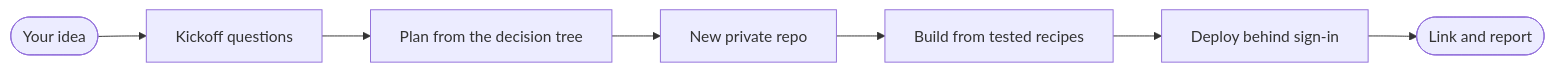
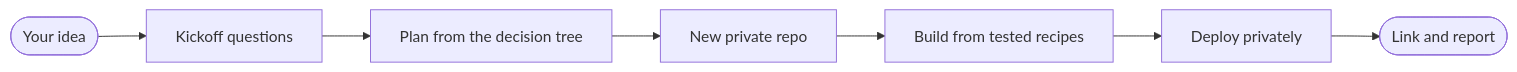
The diagram in README.md (yuvalginor/hatchery), drawn with Mermaid before and after one commit. The commit also changed other lines of this file and 10 other files, not shown here.

````diff
--- a/README.md
+++ b/README.md
@@ -21,9 +21,9 @@
 ```mermaid
 flowchart LR
   idea([Your idea]) --> kickoff[Kickoff questions]
   kickoff --> plan[Plan from the decision tree]
   plan --> repo[New private repo]
   repo --> build[Build from tested recipes]
-  build --> deploy[Deploy behind sign-in]
+  build --> deploy[Deploy privately]
   deploy --> report([Link and report])
 ```
````
